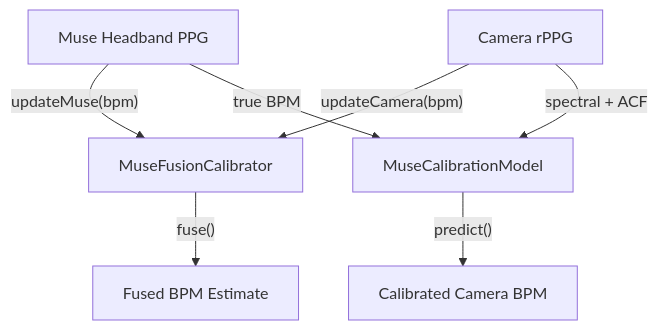
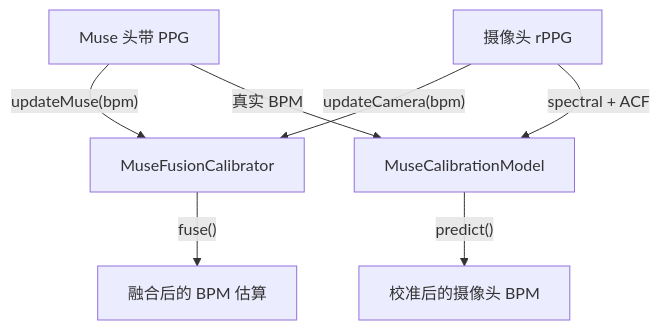
Before and after one commit to Elata-Biosciences/docs: the diagram in cn/sdk/rppg-web/calibration.mdx, drawn with Mermaid. The commit also changed other lines of this file and 124 other files, not shown here.

````diff
--- a/cn/sdk/rppg-web/calibration.mdx
+++ b/cn/sdk/rppg-web/calibration.mdx
@@ -105,9 +107,9 @@
 ```mermaid
 flowchart TD
-    MUS["Muse Headband PPG"] -->|"updateMuse(bpm)"| CAL["MuseFusionCalibrator"]
-    CAM["Camera rPPG"] -->|"updateCamera(bpm)"| CAL
-    CAL -->|"fuse()"| FUSED["Fused BPM Estimate"]
+    MUS["Muse 头带 PPG"] -->|"updateMuse(bpm)"| CAL["MuseFusionCalibrator"]
+    CAM["摄像头 rPPG"] -->|"updateCamera(bpm)"| CAL
+    CAL -->|"fuse()"| FUSED["融合后的 BPM 估算"]
     CAM -->|"spectral + ACF"| MOD["MuseCalibrationModel"]
-    MUS -->|"true BPM"| MOD
-    MOD -->|"predict()"| CALIBRATED["Calibrated Camera BPM"]
+    MUS -->|"真实 BPM"| MOD
+    MOD -->|"predict()"| CALIBRATED["校准后的摄像头 BPM"]
 ```
````
